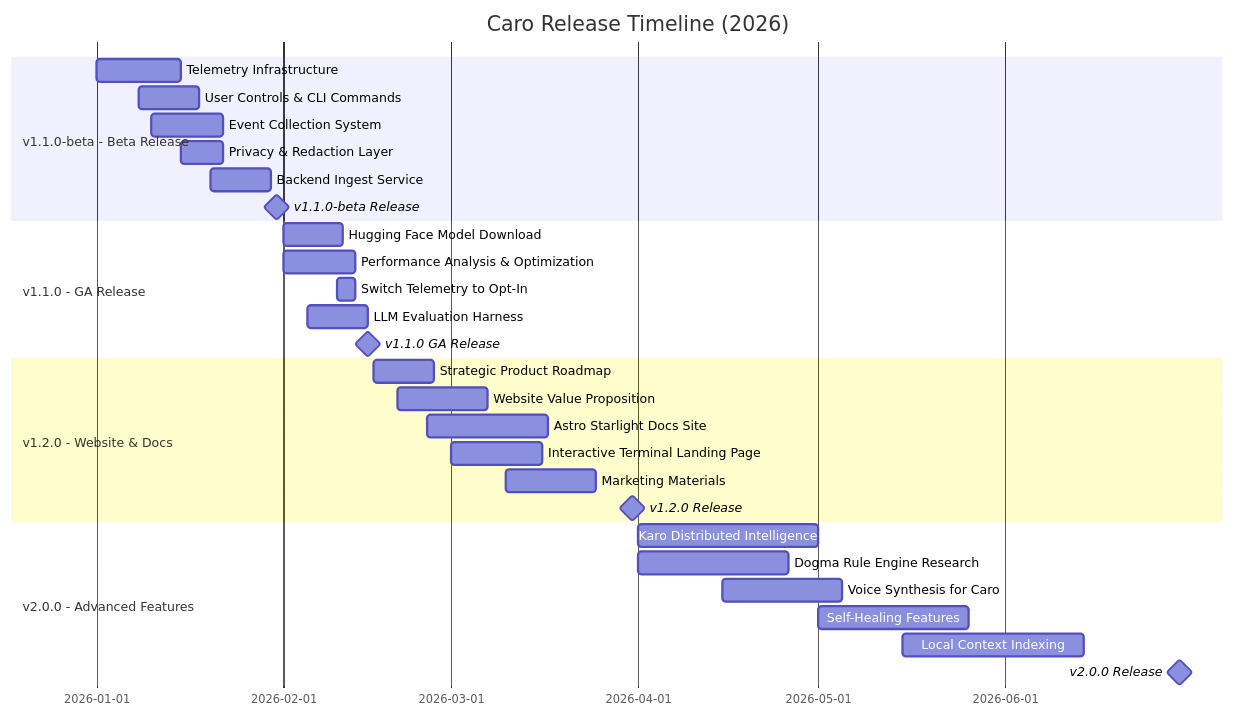
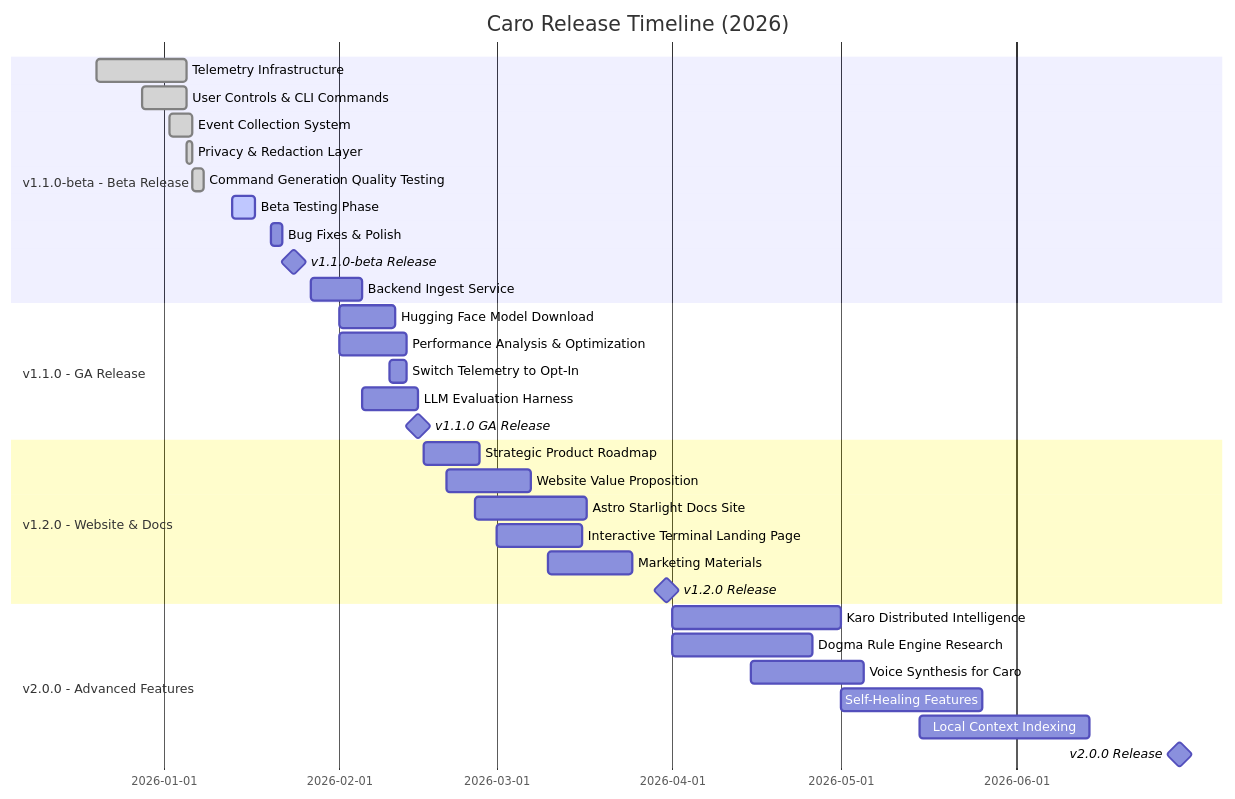
The diagram in ROADMAP.md (wildcard/caro), drawn with Mermaid before and after one commit. The commit also changed other lines of this file, not shown here.

First line of the commit message:
docs(roadmap): Update v1.1.0-beta to 95% complete - READY FOR BETA

````diff
--- a/ROADMAP.md
+++ b/ROADMAP.md
@@ -7,35 +7,38 @@
 ```mermaid
 gantt
     title Caro Release Timeline (2026)
     dateFormat YYYY-MM-DD
     section v1.1.0-beta - Beta Release
-    Telemetry Infrastructure              :2026-01-01, 14d
-    User Controls & CLI Commands          :2026-01-08, 10d
-    Event Collection System               :2026-01-10, 12d
-    Privacy & Redaction Layer             :2026-01-15, 7d
-    Backend Ingest Service                :2026-01-20, 10d
-    v1.1.0-beta Release                  :milestone, 2026-01-31, 0d
+    Telemetry Infrastructure              :done, 2025-12-20, 2026-01-05
+    User Controls & CLI Commands          :done, 2025-12-28, 2026-01-05
+    Event Collection System               :done, 2026-01-02, 2026-01-06
+    Privacy & Redaction Layer             :done, 2026-01-05, 2026-01-06
+    Command Generation Quality Testing    :done, 2026-01-06, 2026-01-08
+    Beta Testing Phase                    :active, 2026-01-13, 2026-01-17
+    Bug Fixes & Polish                    :2026-01-20, 2026-01-22
+    v1.1.0-beta Release                  :milestone, 2026-01-24, 0d
+    Backend Ingest Service                :2026-01-27, 2026-02-05
 
     section v1.1.0 - GA Release
     Hugging Face Model Download           :2026-02-01, 10d
     Performance Analysis & Optimization   :2026-02-01, 12d
     Switch Telemetry to Opt-In           :2026-02-10, 3d
     LLM Evaluation Harness               :2026-02-05, 10d
     v1.1.0 GA Release                    :milestone, 2026-02-15, 0d
 
     section v1.2.0 - Website & Docs
     Strategic Product Roadmap             :2026-02-16, 10d
     Website Value Proposition             :2026-02-20, 15d
     Astro Starlight Docs Site            :2026-02-25, 20d
     Interactive Terminal Landing Page     :2026-03-01, 15d
     Marketing Materials                   :2026-03-10, 15d
     v1.2.0 Release                       :milestone, 2026-03-31, 0d
 
     section v2.0.0 - Advanced Features
     Karo Distributed Intelligence        :2026-04-01, 30d
     Dogma Rule Engine Research           :2026-04-01, 25d
     Voice Synthesis for Caro             :2026-04-15, 20d
     Self-Healing Features                :2026-05-01, 25d
     Local Context Indexing               :2026-05-15, 30d
     v2.0.0 Release                       :milestone, 2026-06-30, 0d
 ```
````
